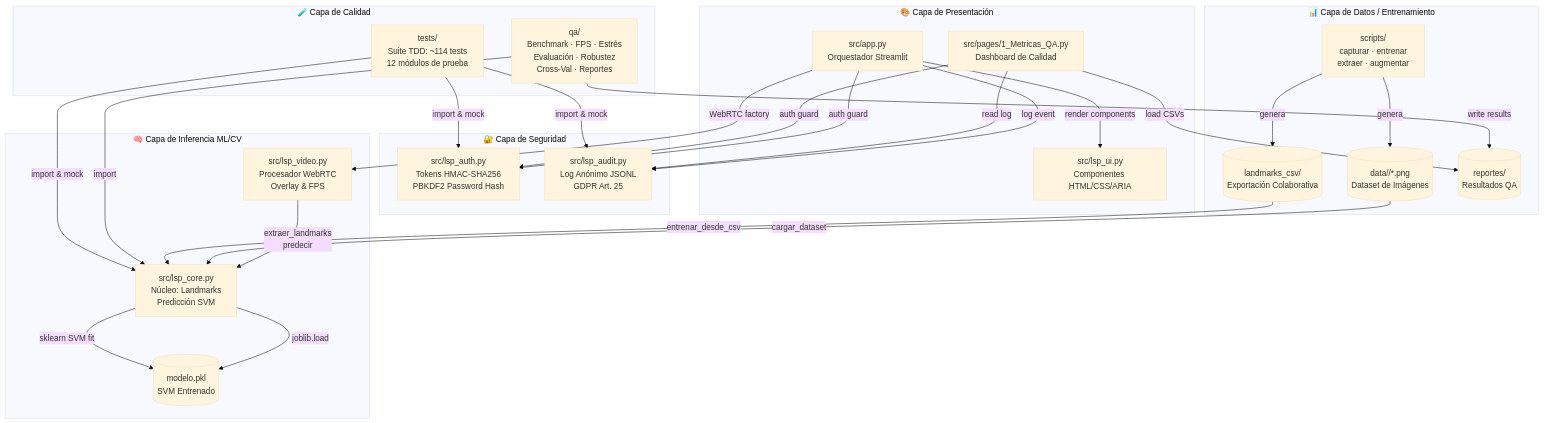
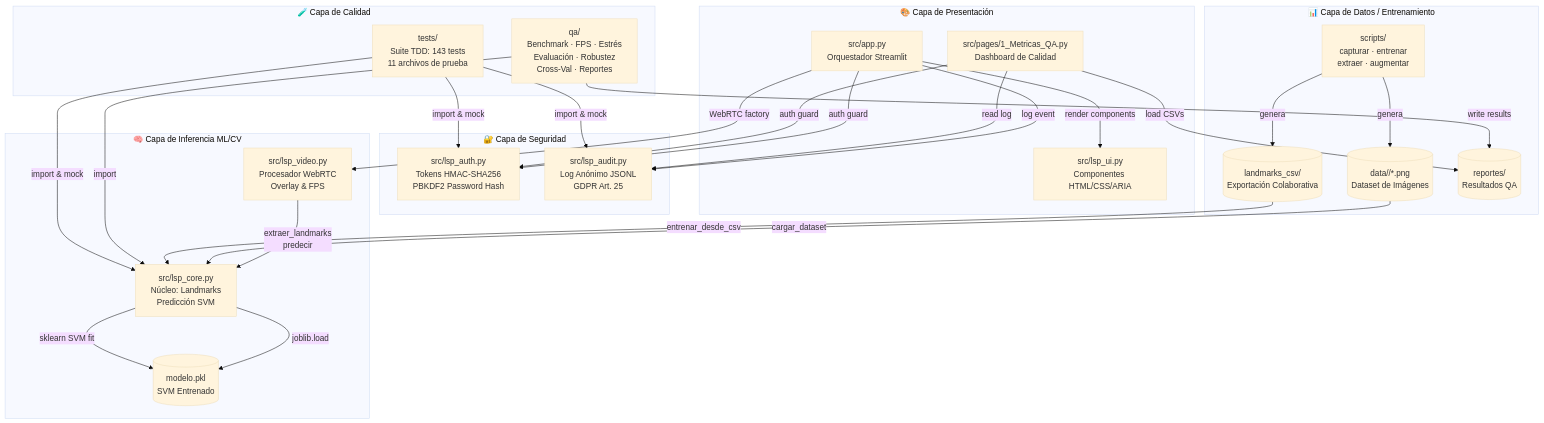
The first of 3 diagrams in docs/arquitectura/COMPONENTES.md (Oscar-Rodriguez-2022/Traductor-Senas-IA), drawn with Mermaid (base theme) before and after one commit. The commit also changed other lines of this file and 14 other files, not shown here.

````diff
--- a/docs/arquitectura/COMPONENTES.md
+++ b/docs/arquitectura/COMPONENTES.md
@@ -12,56 +13,56 @@
 ```mermaid
 graph TD
     subgraph PRESENTACION["🎨 Capa de Presentación"]
         APP["src/app.py\nOrquestador Streamlit"]
         UI["src/lsp_ui.py\nComponentes HTML/CSS/ARIA"]
         DASH["src/pages/1_Metricas_QA.py\nDashboard de Calidad"]
     end
 
     subgraph SEGURIDAD["🔐 Capa de Seguridad"]
         AUTH["src/lsp_auth.py\nTokens HMAC-SHA256\nPBKDF2 Password Hash"]
         AUDIT["src/lsp_audit.py\nLog Anónimo JSONL\nGDPR Art. 25"]
     end
 
     subgraph INFERENCIA["🧠 Capa de Inferencia ML/CV"]
         VIDEO["src/lsp_video.py\nProcesador WebRTC\nOverlay & FPS"]
         CORE["src/lsp_core.py\nNúcleo: Landmarks\nPredicción SVM"]
         MODEL[("modelo.pkl\nSVM Entrenado")]
     end
 
     subgraph DATOS["📊 Capa de Datos / Entrenamiento"]
         DATASET[("data/<letra>/*.png\nDataset de Imágenes")]
         CSV[("landmarks_csv/\nExportación Colaborativa")]
         REPORTES[("reportes/\nResultados QA")]
         SCRIPTS["scripts/\ncapturar · entrenar\nextraer · augmentar"]
     end
 
     subgraph QA["🧪 Capa de Calidad"]
-        TESTS["tests/\nSuite TDD: ~114 tests\n12 módulos de prueba"]
+        TESTS["tests/\nSuite TDD: 143 tests\n11 archivos de prueba"]
         QA_SCRIPTS["qa/\nBenchmark · FPS · Estrés\nEvaluación · Robustez\nCross-Val · Reportes"]
     end
 
     %% Flujo principal
     APP -->|"auth guard"| AUTH
     APP -->|"log event"| AUDIT
     APP -->|"render components"| UI
     APP -->|"WebRTC factory"| VIDEO
     VIDEO -->|"extraer_landmarks\npredecir"| CORE
     CORE -->|"joblib.load"| MODEL
     DASH -->|"auth guard"| AUTH
     DASH -->|"read log"| AUDIT
     DASH -->|"load CSVs"| REPORTES
 
     %% Entrenamiento
     DATASET -->|"cargar_dataset"| CORE
     CSV -->|"entrenar_desde_csv"| CORE
     CORE -->|"sklearn SVM fit"| MODEL
     SCRIPTS -->|"genera"| DATASET
     SCRIPTS -->|"genera"| CSV
 
     %% QA
     QA_SCRIPTS -->|"import"| CORE
     TESTS -->|"import & mock"| CORE
     TESTS -->|"import & mock"| AUTH
     TESTS -->|"import & mock"| AUDIT
     QA_SCRIPTS -->|"write results"| REPORTES
 ```
````
